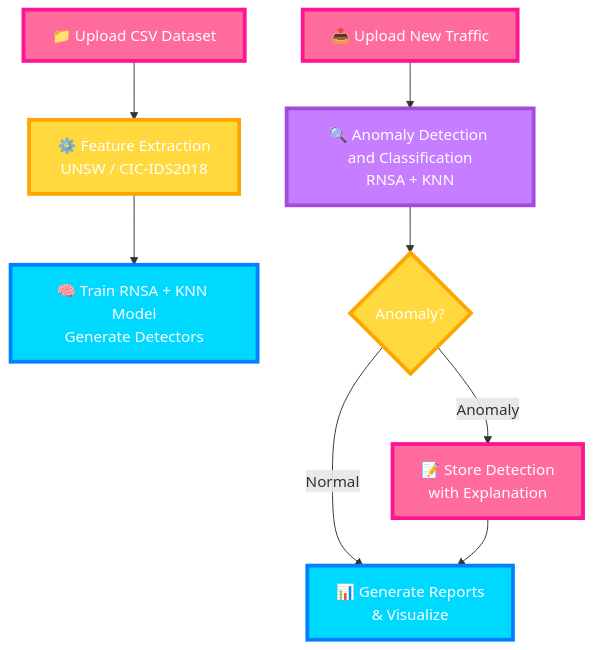
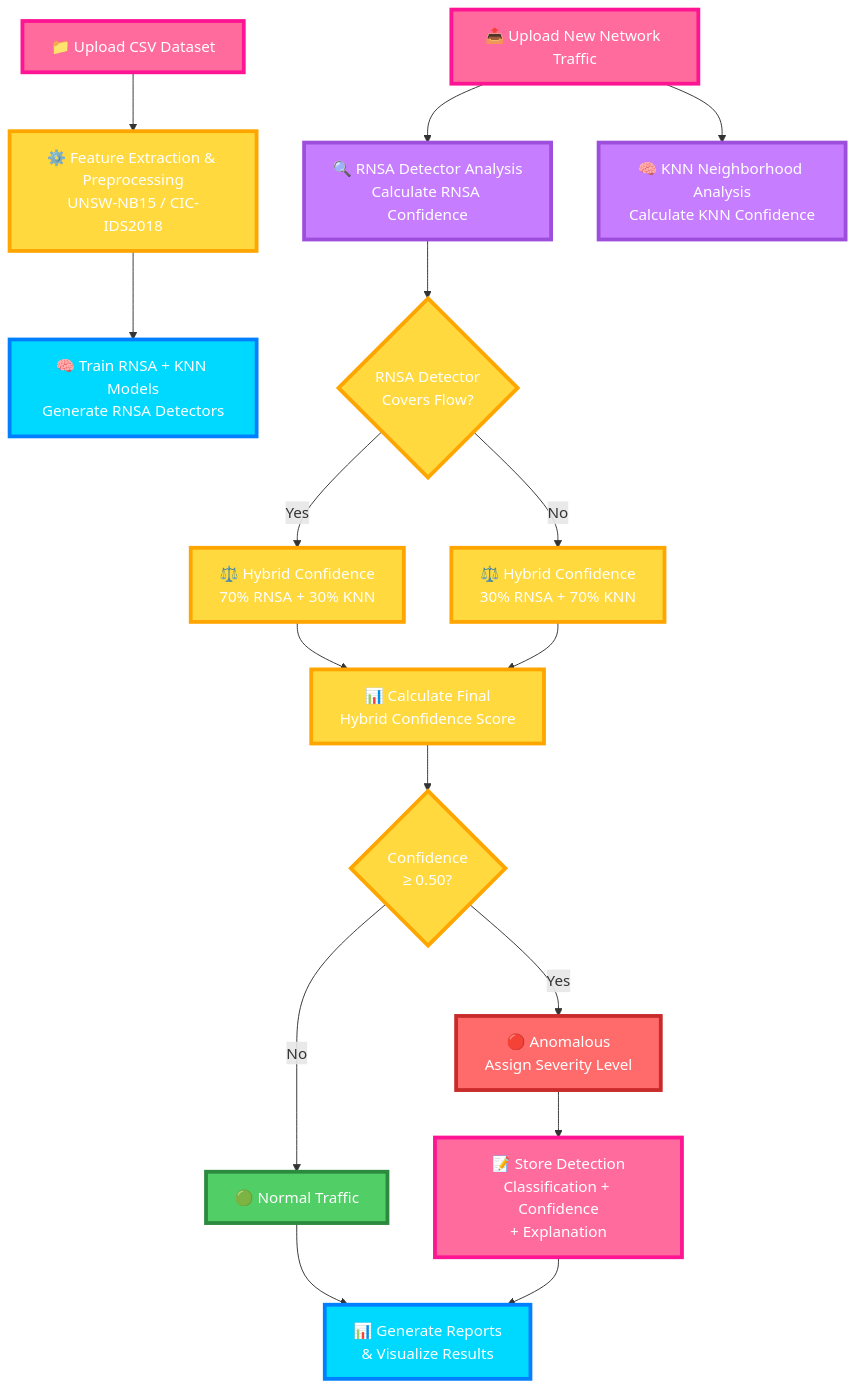
The diagram in README.MD (AljawharaK/vigilante), drawn with Mermaid before and after one commit. The commit also changed other lines of this file, not shown here.

````diff
--- a/README.MD
+++ b/README.MD
@@ -52,24 +49,55 @@
 ```mermaid
 graph TB
     A[📁 Upload CSV Dataset]:::input
-    B[⚙️ Feature Extraction<br/>UNSW / CIC-IDS2018]:::process
-    C[🧠 Train RNSA + KNN Model<br/>Generate Detectors]:::train
-    D[📤 Upload New Traffic]:::input
-    E[🔍 Anomaly Detection and Classification<br/>RNSA + KNN]:::detect
-    F{Anomaly?}:::decision
-    G[📝 Store Detection<br/>with Explanation]:::store
-    H[📊 Generate Reports<br/>& Visualize]:::output
+    B[⚙️ Feature Extraction & Preprocessing<br/>UNSW-NB15 / CIC-IDS2018]:::process
+    C[🧠 Train RNSA + KNN Models<br/>Generate RNSA Detectors]:::train
+
+    D[📤 Upload New Network Traffic]:::input
+    E[🔍 RNSA Detector Analysis<br/>Calculate RNSA Confidence]:::detect
+    F[🧠 KNN Neighborhood Analysis<br/>Calculate KNN Confidence]:::detect
+
+    G{RNSA Detector<br/>Covers Flow?}:::decision
+
+    H[⚖️ Hybrid Confidence<br/>70% RNSA + 30% KNN]:::process
+    I[⚖️ Hybrid Confidence<br/>30% RNSA + 70% KNN]:::process
+
+    J[📊 Calculate Final<br/>Hybrid Confidence Score]:::process
+
+    K{Confidence<br/>≥ 0.50?}:::decision
+
+    L[🔴 Anomalous<br/>Assign Severity Level]:::anomaly
+    M[🟢 Normal Traffic]:::normal
+
+    N[📝 Store Detection<br/>Classification + Confidence<br/>+ Explanation]:::store
+    O[📊 Generate Reports<br/>& Visualize Results]:::output
 
     A --> B --> C
-    D --> E --> F
-    F -->|Normal| H
-    F -->|Anomaly| G --> H
-    
+    D --> E
+    D --> F
+    E --> G
+
+    G -->|Yes| H
+    G -->|No| I
+
+    H --> J
+    I --> J
+
+    J --> K
+
+    K -->|Yes| L
+    K -->|No| M
+
+    L --> N
+    M --> O
+    N --> O
+
     classDef input fill:#FF6B9D,stroke:#FF1493,stroke-width:4px,color:#FFF
     classDef process fill:#FFD93D,stroke:#FFA500,stroke-width:4px,color:#FFF
     classDef train fill:#00D9FF,stroke:#0080FF,stroke-width:4px,color:#FFF
     classDef detect fill:#C77DFF,stroke:#9D4EDD,stroke-width:4px,color:#FFF
     classDef decision fill:#FFD93D,stroke:#FFA500,stroke-width:4px,color:#FFF
+    classDef anomaly fill:#FF6B6B,stroke:#C92A2A,stroke-width:4px,color:#FFF
+    classDef normal fill:#51CF66,stroke:#2B8A3E,stroke-width:4px,color:#FFF
     classDef store fill:#FF6B9D,stroke:#FF1493,stroke-width:4px,color:#FFF
     classDef output fill:#00D9FF,stroke:#0080FF,stroke-width:4px,color:#FFF
 ```
````
